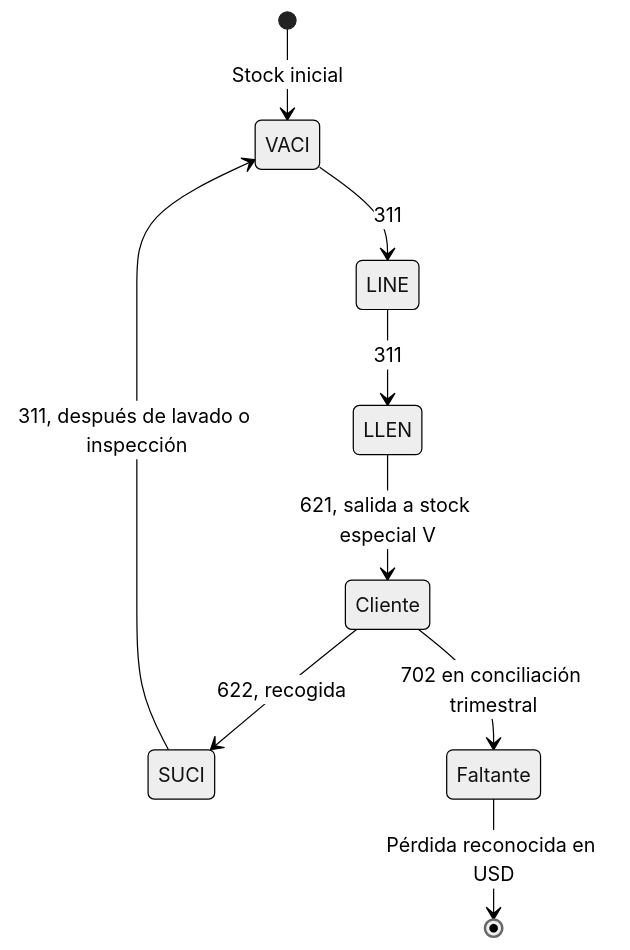
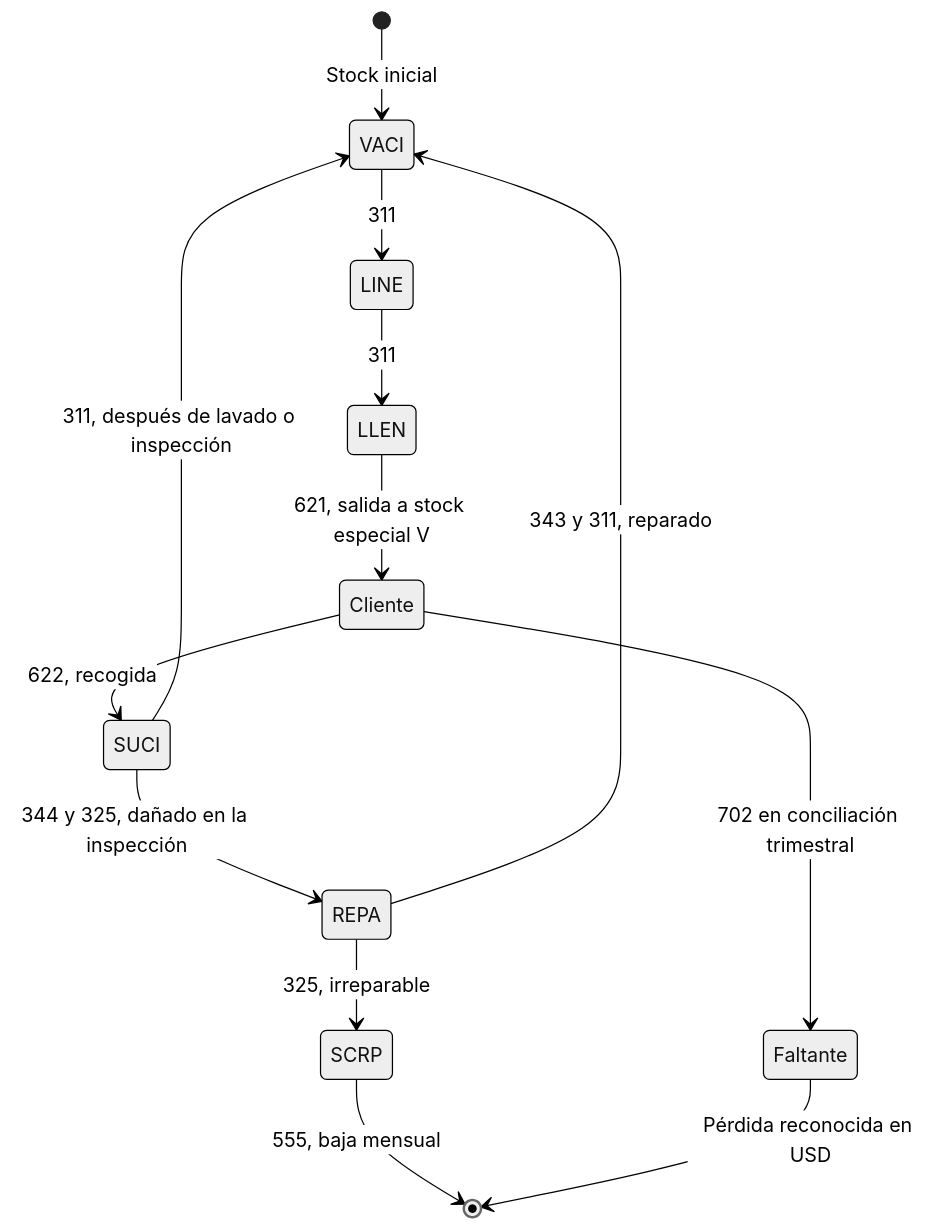
Before and after one commit to juancarlospradologistica-hub/returnable-packaging-intelligence: the third of 3 diagrams in README.md, drawn with Mermaid (neutral theme). The commit also changed other lines of this file, not shown here.

````diff
--- a/README.md
+++ b/README.md
@@ -70,11 +70,15 @@
 ```mermaid
 stateDiagram-v2
     [*] --> VACI : Stock inicial
     VACI --> LINE : 311
     LINE --> LLEN : 311
     LLEN --> Cliente : 621, salida a stock especial V
     Cliente --> SUCI : 622, recogida
     SUCI --> VACI : 311, después de lavado o inspección
+    SUCI --> REPA : 344 y 325, dañado en la inspección
+    REPA --> VACI : 343 y 311, reparado
+    REPA --> SCRP : 325, irreparable
+    SCRP --> [*] : 555, baja mensual
     Cliente --> Faltante : 702 en conciliación trimestral
     Faltante --> [*] : Pérdida reconocida en USD
 ```
````
